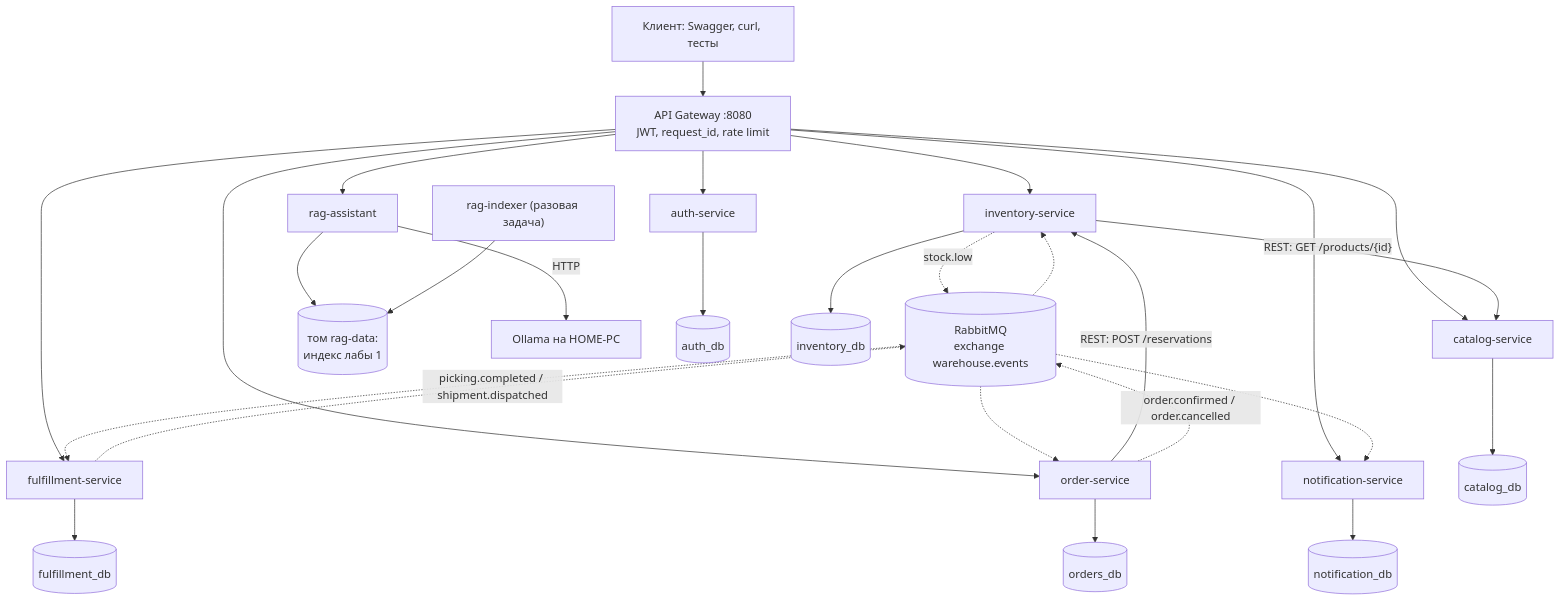
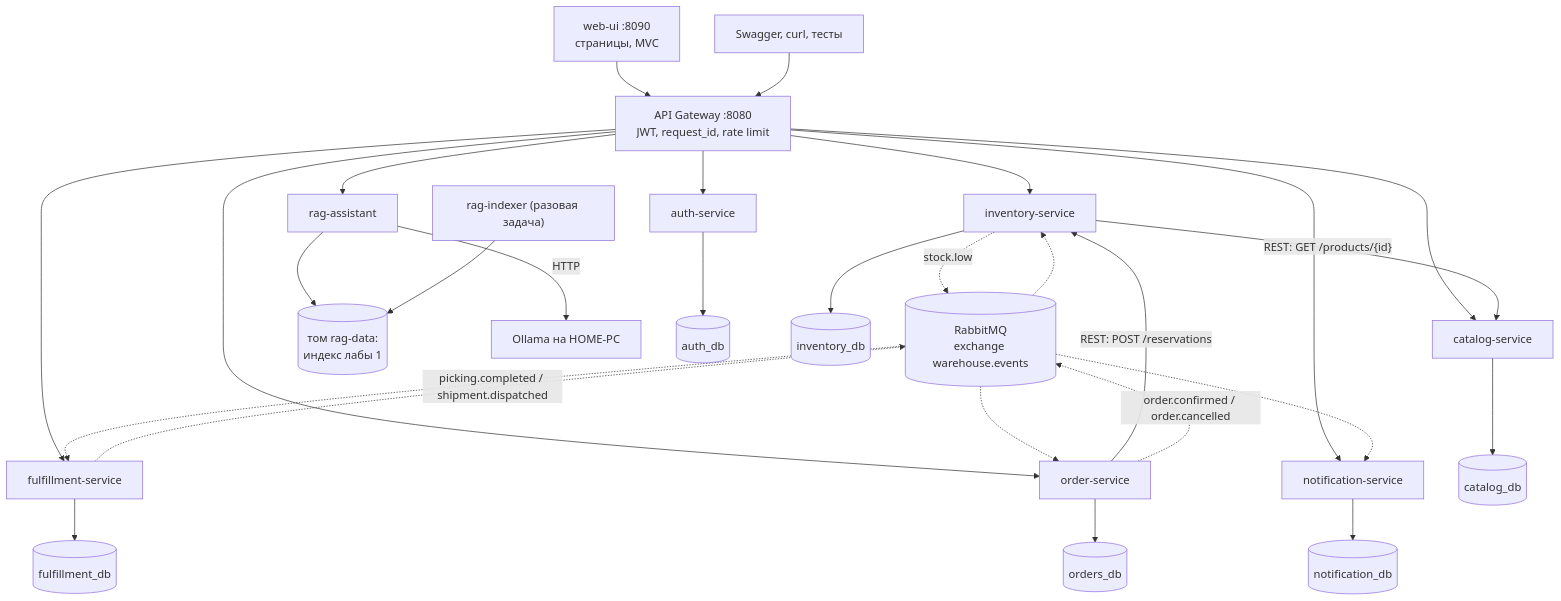
The diagram in lab2/README.md (DmitriiAnghis/pad-labs), drawn with Mermaid before and after one commit. The commit also changed other lines of this file and 33 other files, not shown here.

First line of the commit message:
feat(lab2): web UI (MVC) and Repository layer in catalog and order services

````diff
--- a/lab2/README.md
+++ b/lab2/README.md
@@ -18,26 +18,27 @@
 ```mermaid
 flowchart TB
-  client["Клиент: Swagger, curl, тесты"] --> gw["API Gateway :8080<br/>JWT, request_id, rate limit"]
+  ui["web-ui :8090<br/>страницы, MVC"] --> gw
+  client["Swagger, curl, тесты"] --> gw["API Gateway :8080<br/>JWT, request_id, rate limit"]
   gw --> auth["auth-service"]
   gw --> catalog["catalog-service"]
   gw --> inv["inventory-service"]
   gw --> ord["order-service"]
   gw --> ful["fulfillment-service"]
   gw --> notif["notification-service"]
   gw --> rag["rag-assistant"]
   ord -- "REST: POST /reservations" --> inv
   inv -- "REST: GET /products/{id}" --> catalog
   ord -. "order.confirmed / order.cancelled" .-> mq[("RabbitMQ<br/>exchange warehouse.events")]
   ful -. "picking.completed / shipment.dispatched" .-> mq
   inv -. "stock.low" .-> mq
   mq -.-> ful & inv & ord & notif
   rag --> vol[("том rag-data:<br/>индекс лабы 1")]
   idx["rag-indexer (разовая задача)"] --> vol
   rag -- HTTP --> ollama["Ollama на HOME-PC"]
   auth --> db1[("auth_db")]
   catalog --> db2[("catalog_db")]
   inv --> db3[("inventory_db")]
   ord --> db4[("orders_db")]
   ful --> db5[("fulfillment_db")]
   notif --> db6[("notification_db")]
 ```
````
